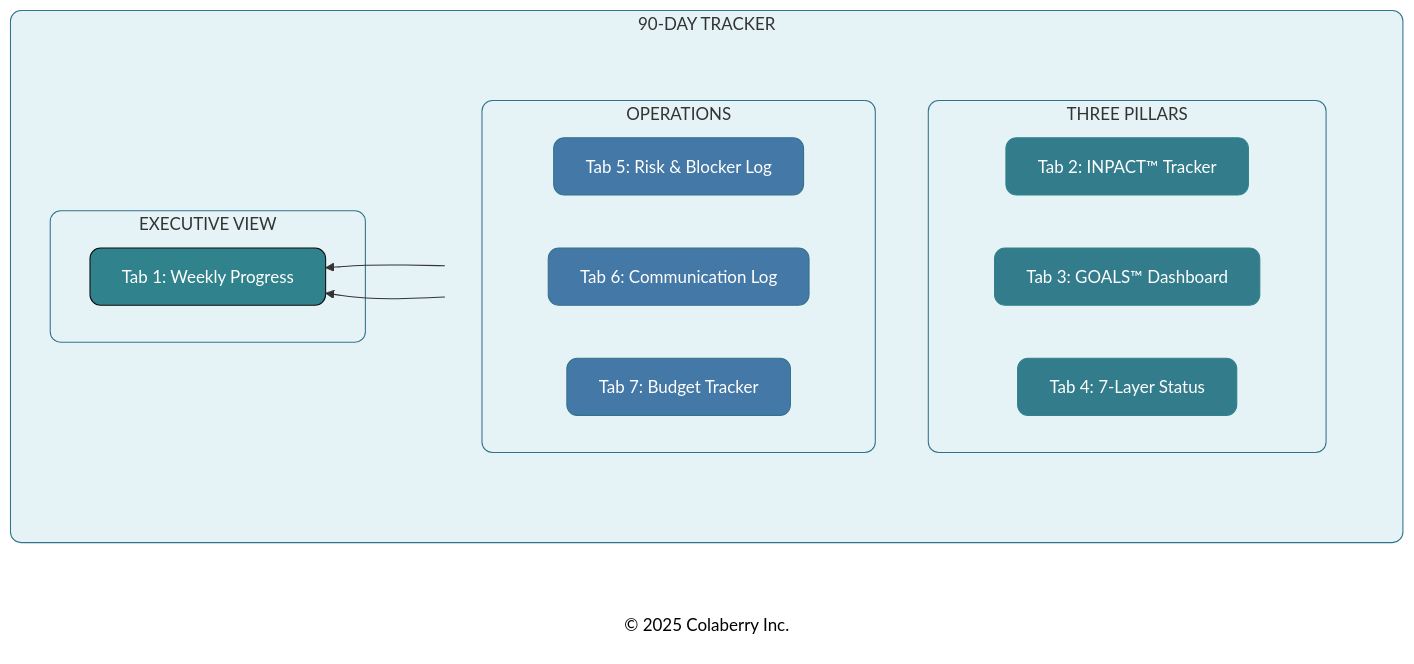
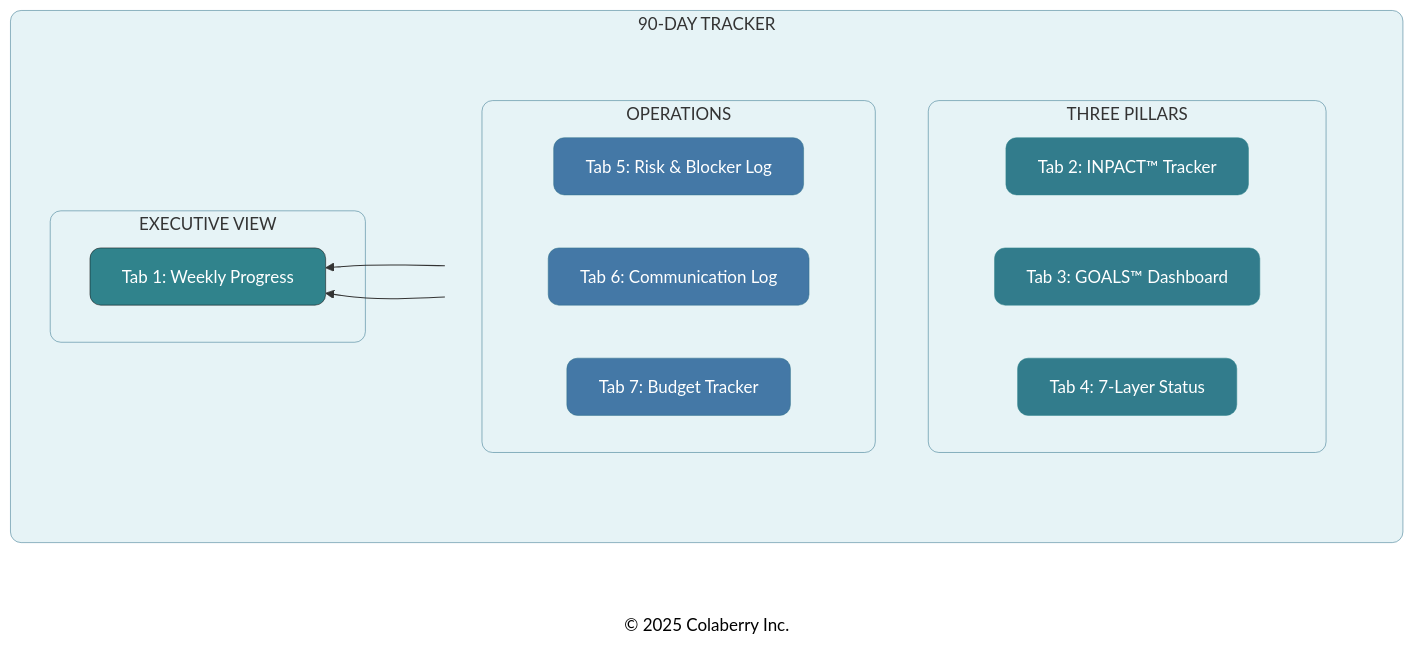
Before and after one commit to saitejesh-cyber/trust-before-intelligence-book: the seventh of 7 diagrams in manuscript/11_chapter_10_week_by_week_implementation.md, drawn with Mermaid. The commit also changed other lines of this file and 12 other files, not shown here.

Commit message:
Update stroke width to 0.5px instead of 1px to all the diagrams

````diff
--- a/manuscript/11_chapter_10_week_by_week_implementation.md
+++ b/manuscript/11_chapter_10_week_by_week_implementation.md
@@ -1702,47 +1702,47 @@
 ```mermaid
 
 graph RL
     subgraph TRACKER["90-DAY TRACKER"]
         direction RL
         subgraph EXECUTIVE["EXECUTIVE VIEW"]
             T1["Tab 1: Weekly Progress"]
         end
         
         subgraph FEEDS[" "]
             direction TB
             subgraph PILLARS["THREE PILLARS"]
                 direction RL
                 T2["Tab 2: INPACT™ Tracker"]
                 T3["Tab 3: GOALS™ Dashboard"]
                 T4["Tab 4: 7-Layer Status"]
             end
             
             subgraph OPS["OPERATIONS"]
                 direction RL
                 T5["Tab 5: Risk & Blocker Log"]
                 T6["Tab 6: Communication Log"]
                 T7["Tab 7: Budget Tracker"]
             end
         end
     end
     
     Copyright["© 2025 Colaberry Inc."]
     
     PILLARS --> T1
     OPS --> T1
 
-    style TRACKER fill:#E6F3F6,stroke:#32738C,stroke-width:1px,rx:10,ry:10
-    style EXECUTIVE fill:#E6F3F6,stroke:#32738C,stroke-width:1px,rx:10,ry:10
+    style TRACKER fill:#E6F3F6,stroke:#32738C,stroke-width:0.5px,rx:10,ry:10
+    style EXECUTIVE fill:#E6F3F6,stroke:#32738C,stroke-width:0.5px,rx:10,ry:10
     style FEEDS fill:none,stroke:none,rx:10,ry:10
-    style PILLARS fill:#E6F3F6,stroke:#32738C,stroke-width:1px,rx:10,ry:10
-    style OPS fill:#E6F3F6,stroke:#32738C,stroke-width:1px,rx:10,ry:10
-    style T1 fill:#30838C,stroke:#0D0D0D,stroke-width:1px,color:#ffffff,rx:10,ry:10
-    style T2 fill:#327C8C,stroke:#30838C,stroke-width:1px,color:#ffffff,rx:10,ry:10
-    style T3 fill:#327C8C,stroke:#30838C,stroke-width:1px,color:#ffffff,rx:10,ry:10
-    style T4 fill:#327C8C,stroke:#30838C,stroke-width:1px,color:#ffffff,rx:10,ry:10
-    style T5 fill:#4478A6,stroke:#32738C,stroke-width:1px,color:#ffffff,rx:10,ry:10
-    style T6 fill:#4478A6,stroke:#32738C,stroke-width:1px,color:#ffffff,rx:10,ry:10
-    style T7 fill:#4478A6,stroke:#32738C,stroke-width:1px,color:#ffffff,rx:10,ry:10
+    style PILLARS fill:#E6F3F6,stroke:#32738C,stroke-width:0.5px,rx:10,ry:10
+    style OPS fill:#E6F3F6,stroke:#32738C,stroke-width:0.5px,rx:10,ry:10
+    style T1 fill:#30838C,stroke:#0D0D0D,stroke-width:0.5px,color:#ffffff,rx:10,ry:10
+    style T2 fill:#327C8C,stroke:#30838C,stroke-width:0.5px,color:#ffffff,rx:10,ry:10
+    style T3 fill:#327C8C,stroke:#30838C,stroke-width:0.5px,color:#ffffff,rx:10,ry:10
+    style T4 fill:#327C8C,stroke:#30838C,stroke-width:0.5px,color:#ffffff,rx:10,ry:10
+    style T5 fill:#4478A6,stroke:#32738C,stroke-width:0.5px,color:#ffffff,rx:10,ry:10
+    style T6 fill:#4478A6,stroke:#32738C,stroke-width:0.5px,color:#ffffff,rx:10,ry:10
+    style T7 fill:#4478A6,stroke:#32738C,stroke-width:0.5px,color:#ffffff,rx:10,ry:10
     style Copyright fill:none,stroke:none,color:#000000
 
 ```
````
